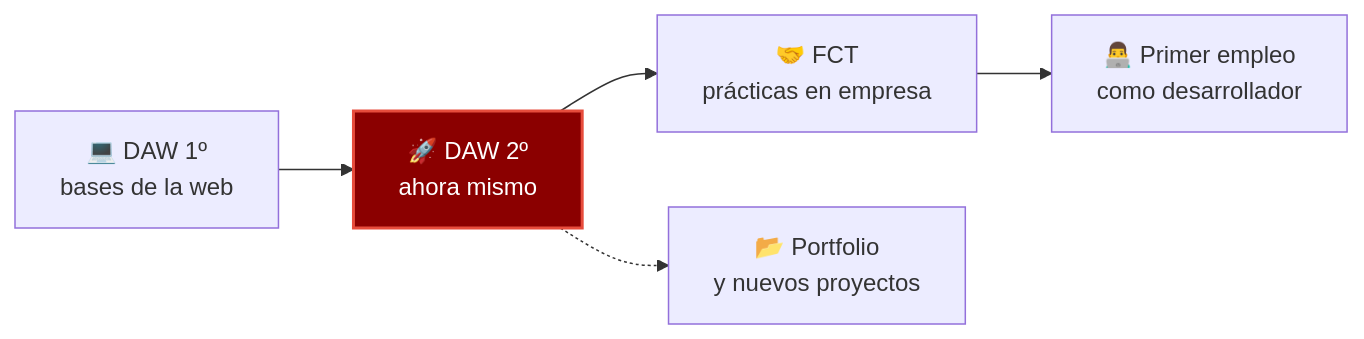
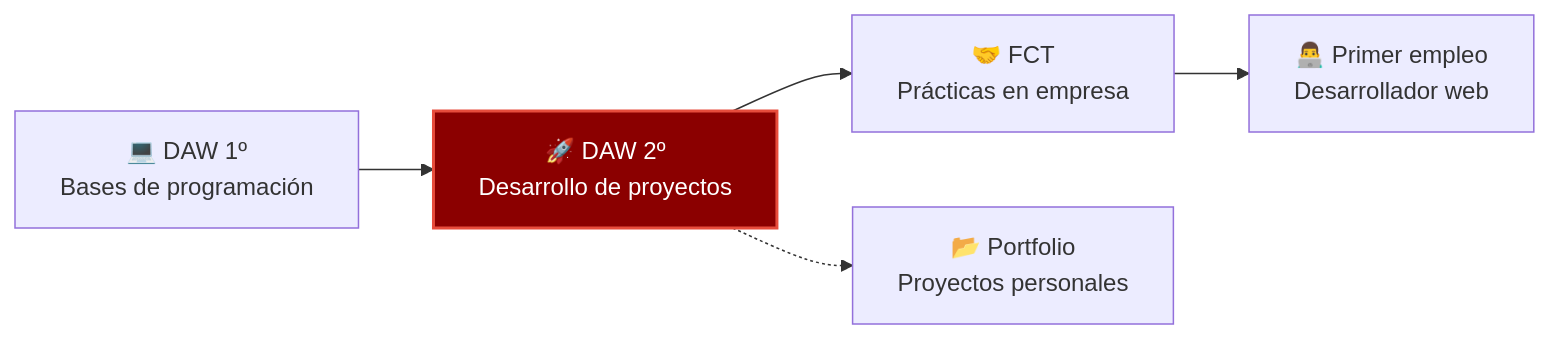
One commit to ndongandemejesusmanuel01-cyber/ndongandemejesusmanuel01-cyber changed the diagram in README.md. Above: the diagram before and after it, drawn with Mermaid. The commit also changed other lines of this file, not shown here.

````diff
--- a/README.md
+++ b/README.md
@@ -89,9 +111,10 @@
 ```mermaid
 flowchart LR
-    A["💻 DAW 1º<br/>bases de la web"] --> B["🚀 DAW 2º<br/>ahora mismo"]
-    B --> C["🤝 FCT<br/>prácticas en empresa"]
-    C --> D["👨‍💻 Primer empleo<br/>como desarrollador"]
-    B -.-> E["📂 Portfolio<br/>y nuevos proyectos"]
+    A["💻 DAW 1º<br/>Bases de programación"] --> B["🚀 DAW 2º<br/>Desarrollo de proyectos"]
+    B --> C["🤝 FCT<br/>Prácticas en empresa"]
+    C --> D["👨‍💻 Primer empleo<br/>Desarrollador web"]
+    B -.-> E["📂 Portfolio<br/>Proyectos personales"]
+
     classDef ahora fill:#8B0000,stroke:#E74C3C,color:#ffffff,stroke-width:2px;
     class B ahora;
 ```
````
